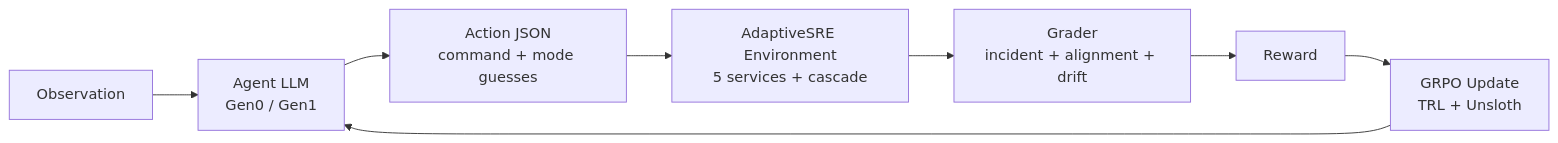
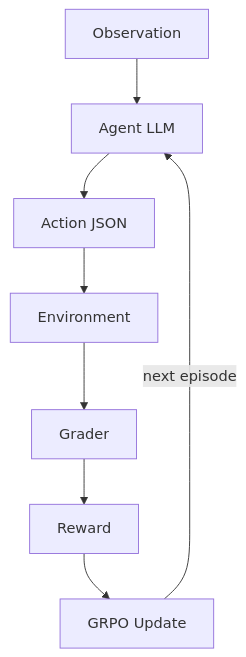
One commit to ashifsekh/Adaptive-SRE changed the diagram in README.md. Above: the diagram before and after it, drawn with Mermaid.

Commit message:
docs: simplify flow chart logic and layout in README.md

````diff
--- a/README.md
+++ b/README.md
@@ -59,10 +59,10 @@
 ```mermaid
-flowchart LR
-  A[Observation] --> B[Agent LLM<br/>Gen0 / Gen1]
-  B --> C[Action JSON<br/>command + mode guesses]
-  C --> D[AdaptiveSRE Environment<br/>5 services + cascade]
-  D --> E[Grader<br/>incident + alignment + drift]
+flowchart TD
+  A[Observation] --> B[Agent LLM]
+  B --> C[Action JSON]
+  C --> D[Environment]
+  D --> E[Grader]
   E --> F[Reward]
-  F --> G[GRPO Update<br/>TRL + Unsloth]
-  G --> B
+  F --> G[GRPO Update]
+  G -->|next episode| B
 ```
````
